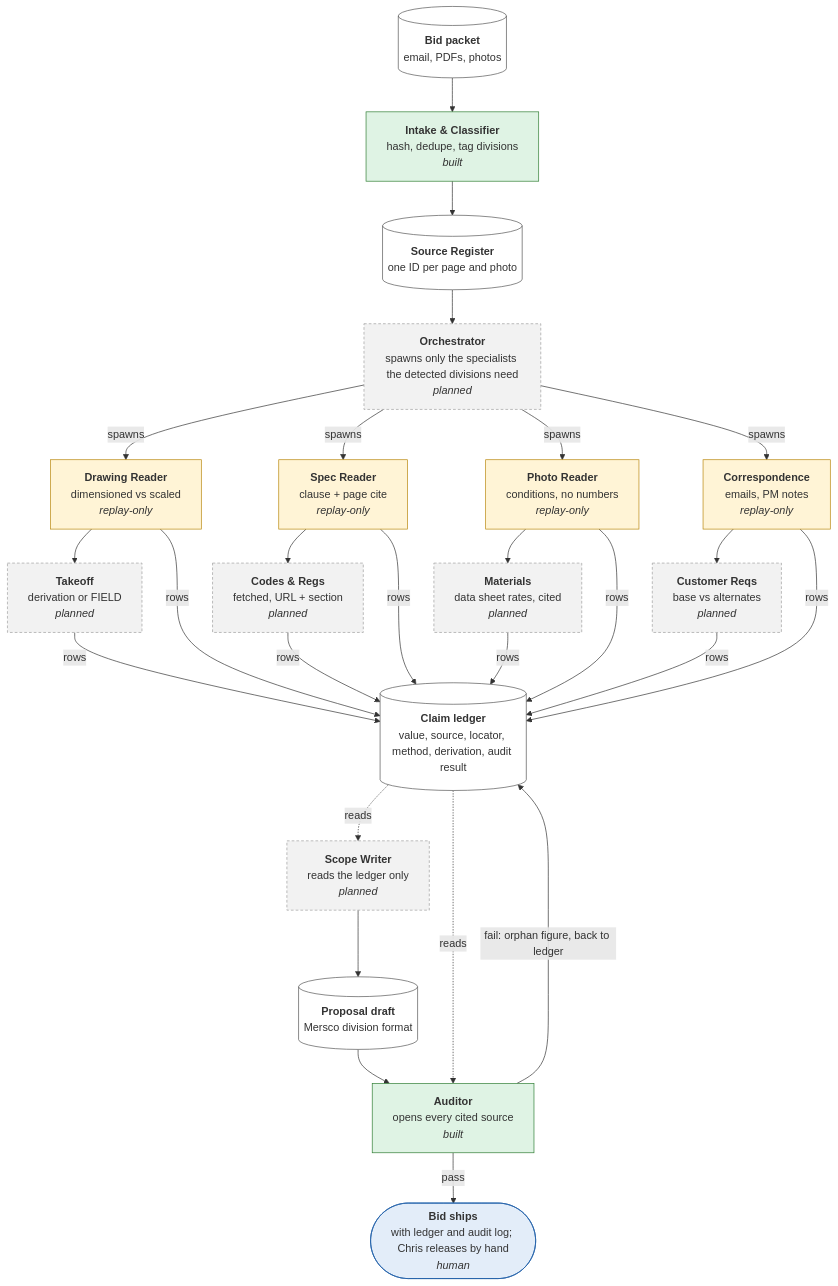
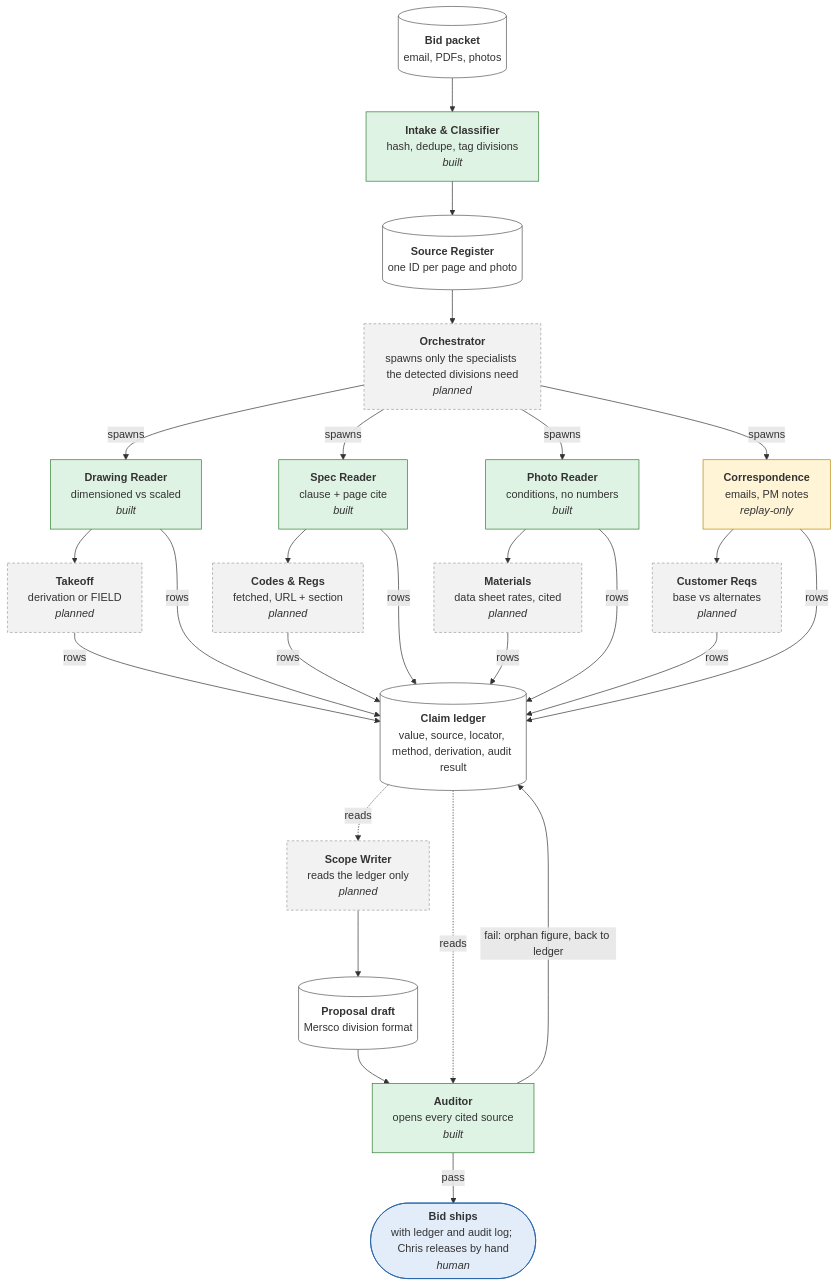
One commit to ScottyN000/ChrisBids changed the diagram in docs/pipeline-dag.md. Above: the diagram before and after it, drawn with Mermaid. The commit also changed other lines of this file and 6 other files, not shown here.

````diff
--- a/docs/pipeline-dag.md
+++ b/docs/pipeline-dag.md
@@ -9,55 +9,55 @@
 ```mermaid
 flowchart TD
     packet[("<b>Bid packet</b><br/>email, PDFs, photos")]
     intake["<b>Intake & Classifier</b><br/>hash, dedupe, tag divisions<br/><i>built</i>"]
     register[("<b>Source Register</b><br/>one ID per page and photo")]
     orchestrator["<b>Orchestrator</b><br/>spawns only the specialists the detected divisions need<br/><i>planned</i>"]
-    drawing["<b>Drawing Reader</b><br/>dimensioned vs scaled<br/><i>replay-only</i>"]
-    spec["<b>Spec Reader</b><br/>clause + page cite<br/><i>replay-only</i>"]
-    photo["<b>Photo Reader</b><br/>conditions, no numbers<br/><i>replay-only</i>"]
+    drawing["<b>Drawing Reader</b><br/>dimensioned vs scaled<br/><i>built</i>"]
+    spec["<b>Spec Reader</b><br/>clause + page cite<br/><i>built</i>"]
+    photo["<b>Photo Reader</b><br/>conditions, no numbers<br/><i>built</i>"]
     correspondence["<b>Correspondence</b><br/>emails, PM notes<br/><i>replay-only</i>"]
     takeoff["<b>Takeoff</b><br/>derivation or FIELD<br/><i>planned</i>"]
     codes["<b>Codes & Regs</b><br/>fetched, URL + section<br/><i>planned</i>"]
     materials["<b>Materials</b><br/>data sheet rates, cited<br/><i>planned</i>"]
     customer["<b>Customer Reqs</b><br/>base vs alternates<br/><i>planned</i>"]
     ledger[("<b>Claim ledger</b><br/>value, source, locator, method, derivation, audit result")]
     scope_writer["<b>Scope Writer</b><br/>reads the ledger only<br/><i>planned</i>"]
     draft[("<b>Proposal draft</b><br/>Mersco division format")]
     auditor["<b>Auditor</b><br/>opens every cited source<br/><i>built</i>"]
     ships(["<b>Bid ships</b><br/>with ledger and audit log; Chris releases by hand<br/><i>human</i>"])
     packet --> intake
     intake --> register
     register --> orchestrator
     orchestrator -->|spawns| drawing
     orchestrator -->|spawns| spec
     orchestrator -->|spawns| photo
     orchestrator -->|spawns| correspondence
     drawing --> takeoff
     spec --> codes
     photo --> materials
     correspondence --> customer
     drawing -->|rows| ledger
     spec -->|rows| ledger
     photo -->|rows| ledger
     correspondence -->|rows| ledger
     takeoff -->|rows| ledger
     codes -->|rows| ledger
     materials -->|rows| ledger
     customer -->|rows| ledger
     ledger -.->|reads| scope_writer
     scope_writer --> draft
     draft --> auditor
     ledger -.->|reads| auditor
     auditor -->|fail: orphan figure, back to ledger| ledger
     auditor -->|pass| ships
     classDef built fill:#dff3e4,stroke:#2e7d32
     classDef replay fill:#fff4d6,stroke:#b8860b
     classDef planned fill:#f2f2f2,stroke:#9e9e9e,stroke-dasharray: 4 3
     classDef human fill:#e3edf9,stroke:#1f5fa8
     classDef data fill:#ffffff,stroke:#555
-    class intake,auditor built
-    class drawing,spec,photo,correspondence replay
+    class intake,drawing,spec,photo,auditor built
+    class correspondence replay
     class orchestrator,takeoff,codes,materials,customer,scope_writer planned
     class ships human
     class packet,register,ledger,draft data
 ```
````
